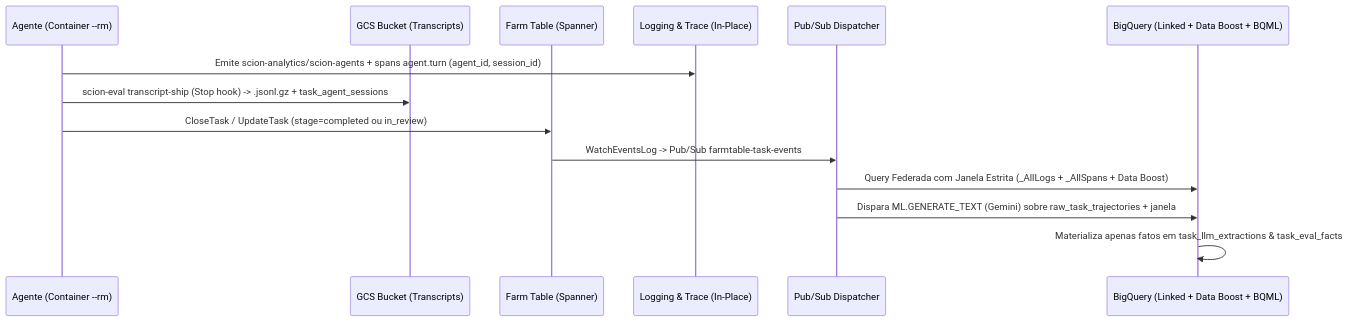
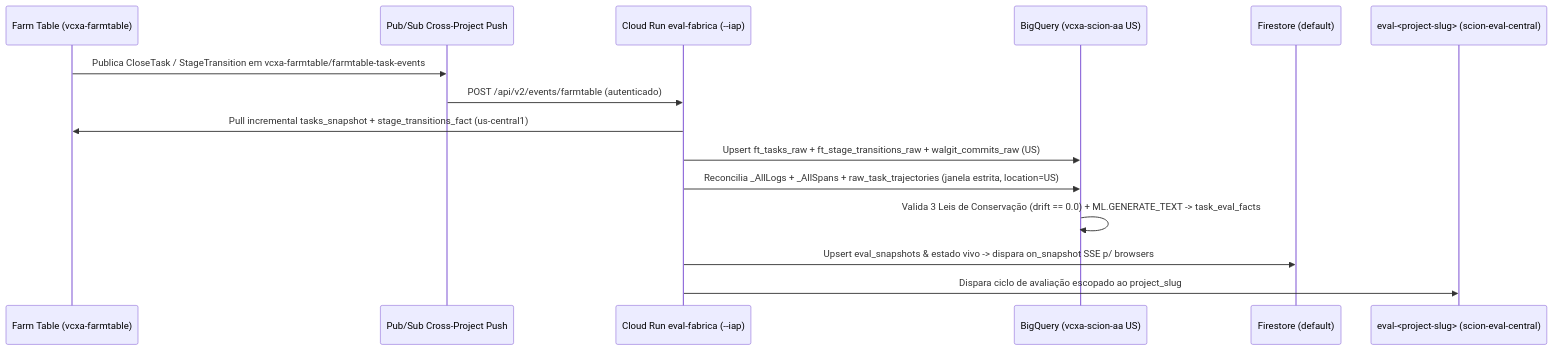
Before and after one commit to vcx/scion-defaults: the second of 3 diagrams in docs/specs/eval-fabrica-spec.md, drawn with Mermaid. The commit also changed other lines of this file and 7 other files, not shown here.

Commit message:
feat(eval-fabrica): v2 spec and eval_snapshots Firestore store & index parity

````diff
--- a/docs/specs/eval-fabrica-spec.md
+++ b/docs/specs/eval-fabrica-spec.md
@@ -355,17 +223,18 @@
 ```mermaid
 sequenceDiagram
-    participant Agent as Agente (Container --rm)
-    participant GCS as GCS Bucket (Transcripts)
-    participant FT as Farm Table (Spanner)
-    participant Obs as Logging & Trace (In-Place)
-    participant Trig as Pub/Sub Dispatcher
-    participant BQ as BigQuery (Linked + Data Boost + BQML)
+    participant FT as Farm Table (vcxa-farmtable)
+    participant PS as Pub/Sub Cross-Project Push
+    participant CR as Cloud Run eval-fabrica (--iap)
+    participant BQ as BigQuery (vcxa-scion-aa US)
+    participant FS as Firestore (default)
+    participant AG as eval-<project-slug> (scion-eval-central)
 
-    Agent->>Obs: Emite scion-analytics/scion-agents + spans agent.turn (agent_id, session_id)
-    Agent->>GCS: scion-eval transcript-ship (Stop hook) -> .jsonl.gz + task_agent_sessions
-    Agent->>FT: CloseTask / UpdateTask (stage=completed ou in_review)
-    FT->>Trig: WatchEventsLog -> Pub/Sub farmtable-task-events
-    Trig->>BQ: Query Federada com Janela Estrita (_AllLogs + _AllSpans + Data Boost)
-    Trig->>BQ: Dispara ML.GENERATE_TEXT (Gemini) sobre raw_task_trajectories + janela
-    BQ->>BQ: Materializa apenas fatos em task_llm_extractions & task_eval_facts
+    FT->>PS: Publica CloseTask / StageTransition em vcxa-farmtable/farmtable-task-events
+    PS->>CR: POST /api/v2/events/farmtable (autenticado)
+    CR->>FT: Pull incremental tasks_snapshot + stage_transitions_fact (us-central1)
+    CR->>BQ: Upsert ft_tasks_raw + ft_stage_transitions_raw + walgit_commits_raw (US)
+    CR->>BQ: Reconcilia _AllLogs + _AllSpans + raw_task_trajectories (janela estrita, location=US)
+    BQ->>BQ: Valida 3 Leis de Conservação (drift == 0.0) + ML.GENERATE_TEXT -> task_eval_facts
+    CR->>FS: Upsert eval_snapshots & estado vivo -> dispara on_snapshot SSE p/ browsers
+    CR->>AG: Dispara ciclo de avaliação escopado ao project_slug
 ```
````
